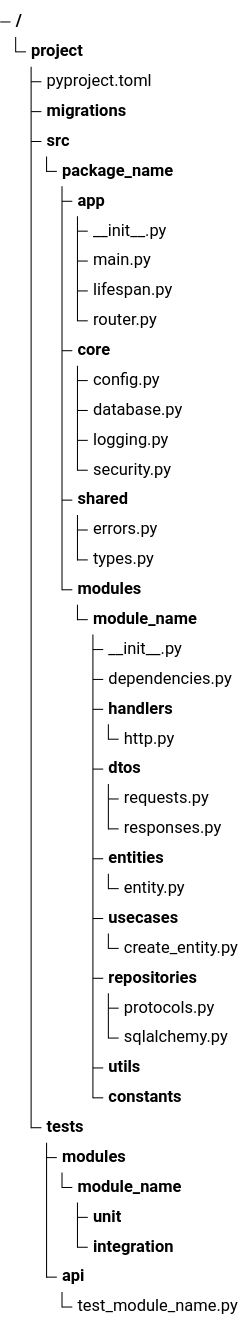
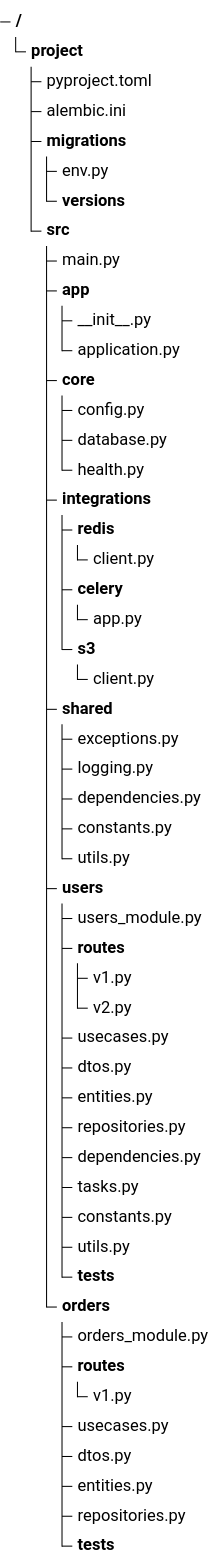
Before and after one commit to fam-tung-lam/ptlam-agent-plugin: the diagram in skills/ptlam-code-style-python-fastapi/references/file-organization.md, drawn with Mermaid. The commit also changed other lines of this file and 1 other file, not shown here.

Commit message:
refactor(skills): refine FastAPI file placement
Keep integrations global, Alembic history project-wide, and module-local helpers promoted to shared only after reuse.

````diff
--- a/skills/ptlam-code-style-python-fastapi/references/file-organization.md
+++ b/skills/ptlam-code-style-python-fastapi/references/file-organization.md
@@ -16,46 +16,54 @@
 ```mermaid
 treeView-beta
     project/
         pyproject.toml
+        alembic.ini
         migrations/
+            env.py
+            versions/
         src/
-            package_name/
-                app/
-                    __init__.py
-                    main.py
-                    lifespan.py
-                    router.py
-                core/
-                    config.py
-                    database.py
-                    logging.py
-                    security.py
-                shared/
-                    errors.py
-                    types.py
-                modules/
-                    module_name/
-                        __init__.py
-                        dependencies.py
-                        handlers/
-                            http.py
-                        dtos/
-                            requests.py
-                            responses.py
-                        entities/
-                            entity.py
-                        usecases/
-                            create_entity.py
-                        repositories/
-                            protocols.py
-                            sqlalchemy.py
-                        utils/
-                        constants/
-        tests/
-            modules/
-                module_name/
-                    unit/
-                    integration/
-            api/
-                test_module_name.py
+            main.py
+            app/
+                __init__.py
+                application.py
+            core/
+                config.py
+                database.py
+                health.py
+            integrations/
+                redis/
+                    client.py
+                celery/
+                    app.py
+                s3/
+                    client.py
+            shared/
+                exceptions.py
+                logging.py
+                dependencies.py
+                constants.py
+                utils.py
+            users/
+                users_module.py
+                routes/
+                    v1.py
+                    v2.py
+                usecases.py
+                dtos.py
+                entities.py
+                repositories.py
+                dependencies.py
+                tasks.py
+                constants.py
+                utils.py
+                tests/
+            orders/
+                orders_module.py
+                routes/
+                    v1.py
+                usecases.py
+                dtos.py
+                entities.py
+                repositories.py
+                tests/
 ```
````
